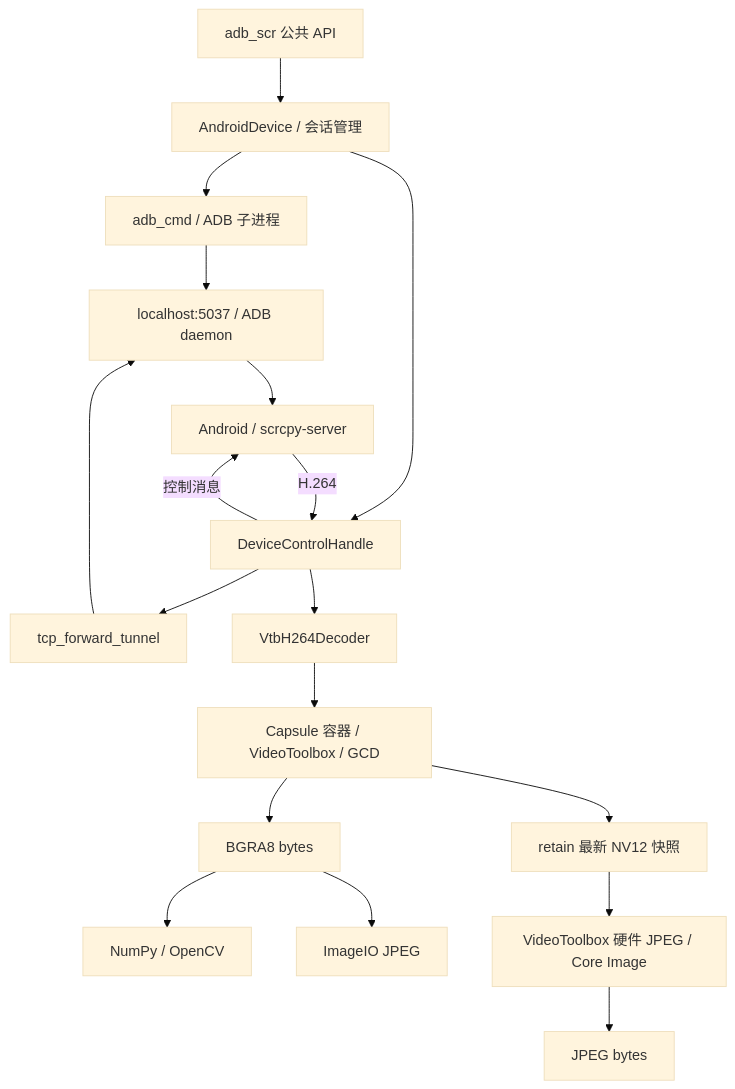
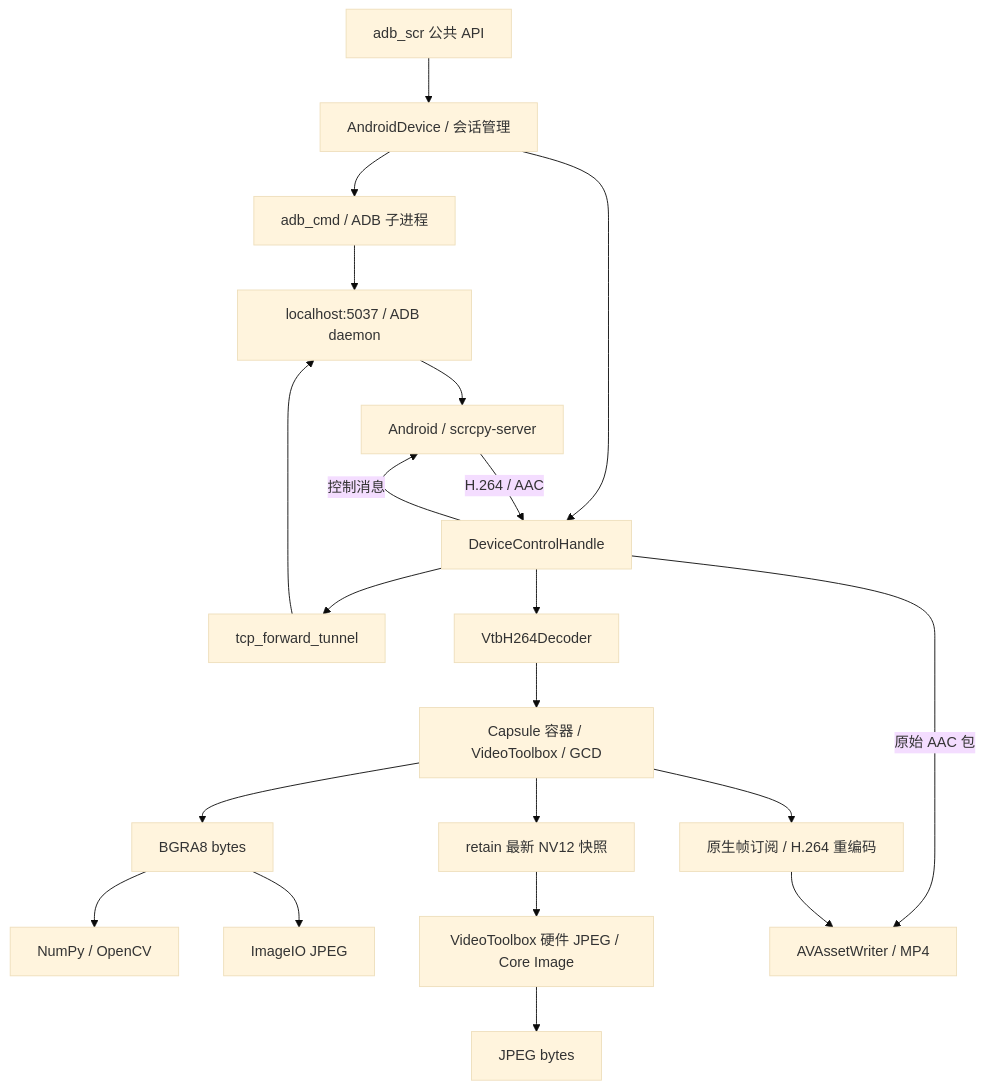
The diagram in docs/architecture.md (czf0613/adb_scr_py), drawn with Mermaid (base theme) before and after one commit. The commit also changed other lines of this file and 31 other files, not shown here.

````diff
--- a/docs/architecture.md
+++ b/docs/architecture.md
@@ -13,20 +13,23 @@
 ```mermaid
 flowchart TD
     API[adb_scr 公共 API] --> Device[AndroidDevice / 会话管理]
     Device --> Cmd[adb_cmd / ADB 子进程]
     Device --> Handle[DeviceControlHandle]
     Handle --> Tunnel[tcp_forward_tunnel]
     Tunnel --> ADB[localhost:5037 / ADB daemon]
     Cmd --> ADB
     ADB --> Phone[Android / scrcpy-server]
-    Phone -->|H.264| Handle
+    Phone -->|H.264 / AAC| Handle
     Handle -->|控制消息| Phone
     Handle --> Decoder[VtbH264Decoder]
     Decoder --> Native[Capsule 容器 / VideoToolbox / GCD]
     Native --> BGRA[BGRA8 bytes]
     BGRA --> CV[NumPy / OpenCV]
     BGRA --> JPEG[ImageIO JPEG]
     Native --> Snapshot[retain 最新 NV12 快照]
     Snapshot --> Direct[VideoToolbox 硬件 JPEG / Core Image]
     Direct --> Bytes[JPEG bytes]
+    Native --> Recorder[原生帧订阅 / H.264 重编码]
+    Handle -->|原始 AAC 包| Mux[AVAssetWriter / MP4]
+    Recorder --> Mux
 ```
````
